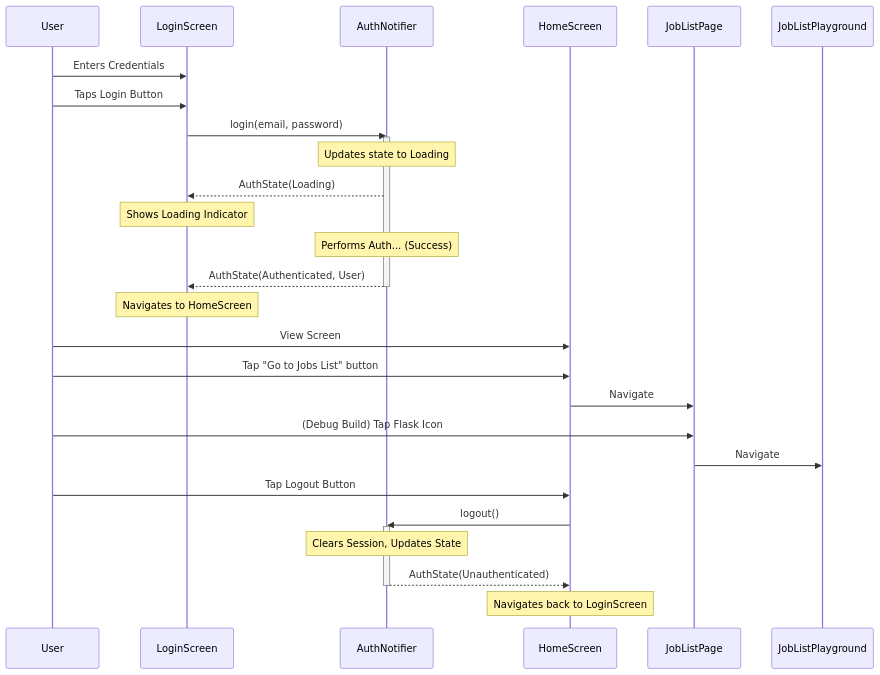
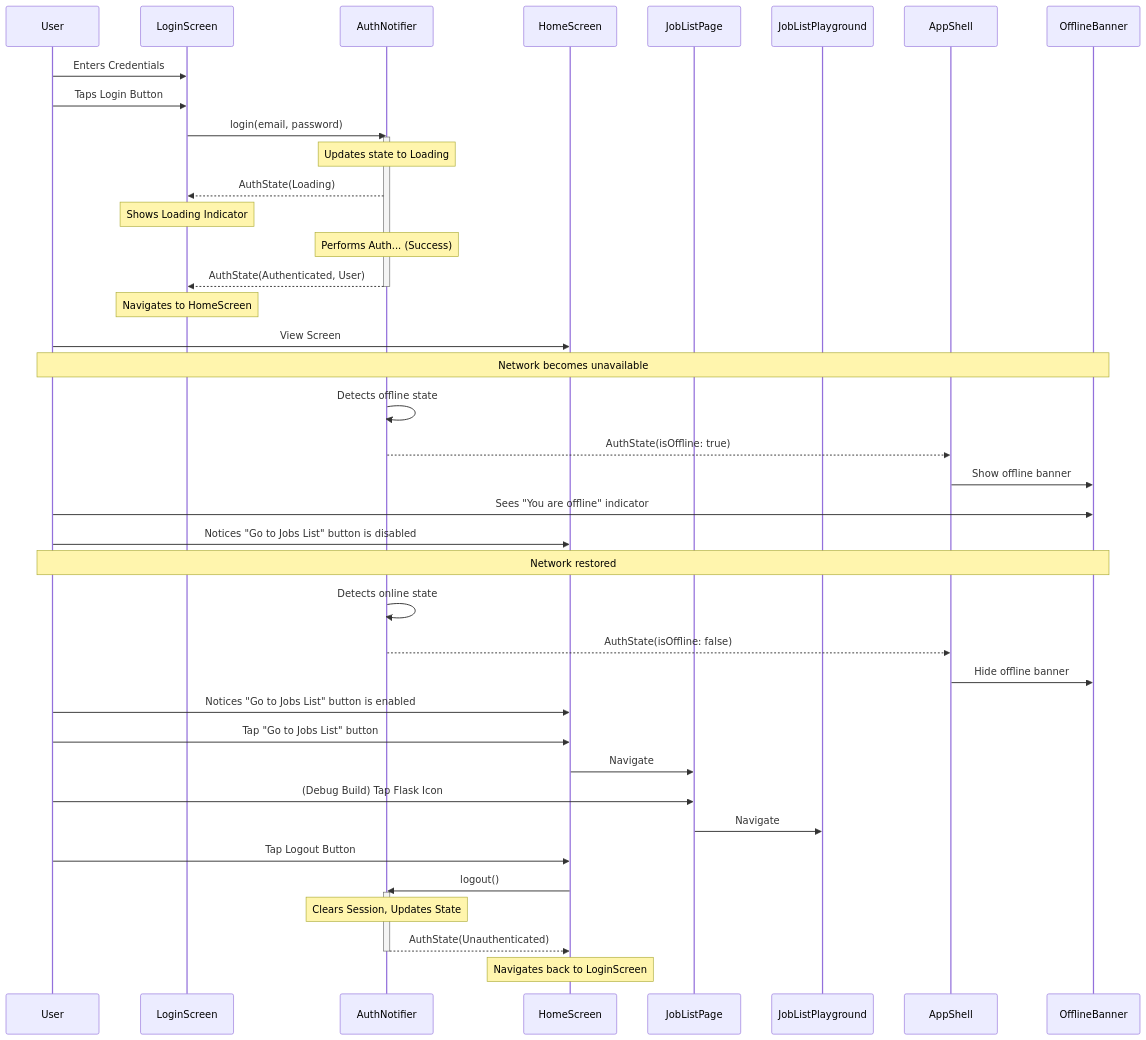
One commit to MediScribe/docjet-mobile changed the second of 2 diagrams in docs/current/ui-screens-overview.md. Above: the diagram before and after it, drawn with Mermaid. The commit also changed other lines of this file and 6 other files, not shown here.

````diff
--- a/docs/current/ui-screens-overview.md
+++ b/docs/current/ui-screens-overview.md
@@ -31,40 +34,57 @@
 ```mermaid
 sequenceDiagram
     participant User
     participant LoginScreen
     participant AuthNotifier
     participant HomeScreen
     participant JobListPage
     participant JobListPlayground
+    participant AppShell
+    participant OfflineBanner
 
     %% Login Flow
     User->>LoginScreen: Enters Credentials
     User->>LoginScreen: Taps Login Button
     LoginScreen->>AuthNotifier: login(email, password)
     activate AuthNotifier
     Note over AuthNotifier: Updates state to Loading
     AuthNotifier-->>LoginScreen: AuthState(Loading)
     Note over LoginScreen: Shows Loading Indicator
     Note over AuthNotifier: Performs Auth... (Success)
     AuthNotifier-->>LoginScreen: AuthState(Authenticated, User)
     deactivate AuthNotifier
     Note over LoginScreen: Navigates to HomeScreen
 
     %% Post-Login & Intended Navigation
     User->>HomeScreen: View Screen
+    
+    %% Offline Scenario
+    Note over User,OfflineBanner: Network becomes unavailable
+    AuthNotifier->>AuthNotifier: Detects offline state
+    AuthNotifier-->>AppShell: AuthState(isOffline: true)
+    AppShell->>OfflineBanner: Show offline banner
+    User->>OfflineBanner: Sees "You are offline" indicator
+    User->>HomeScreen: Notices "Go to Jobs List" button is disabled
+    
+    %% Online Scenario
+    Note over User,OfflineBanner: Network restored
+    AuthNotifier->>AuthNotifier: Detects online state
+    AuthNotifier-->>AppShell: AuthState(isOffline: false)
+    AppShell->>OfflineBanner: Hide offline banner
+    User->>HomeScreen: Notices "Go to Jobs List" button is enabled
     User->>HomeScreen: Tap "Go to Jobs List" button
     HomeScreen->>JobListPage: Navigate
 
     %% Debug Playground Navigation (Optional)
     User->>JobListPage: (Debug Build) Tap Flask Icon
     JobListPage->>JobListPlayground: Navigate
 
     %% Logout Flow
     User->>HomeScreen: Tap Logout Button
     HomeScreen->>AuthNotifier: logout()
     activate AuthNotifier
     Note over AuthNotifier: Clears Session, Updates State
     AuthNotifier-->>HomeScreen: AuthState(Unauthenticated)
     deactivate AuthNotifier
     Note over HomeScreen: Navigates back to LoginScreen
 ```
````
